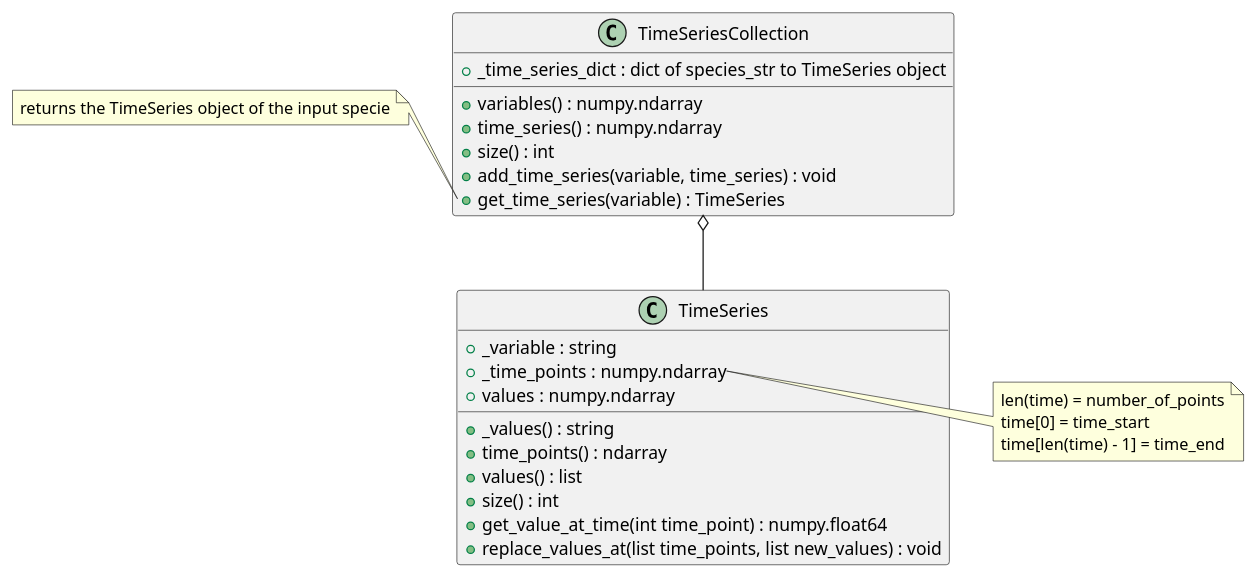
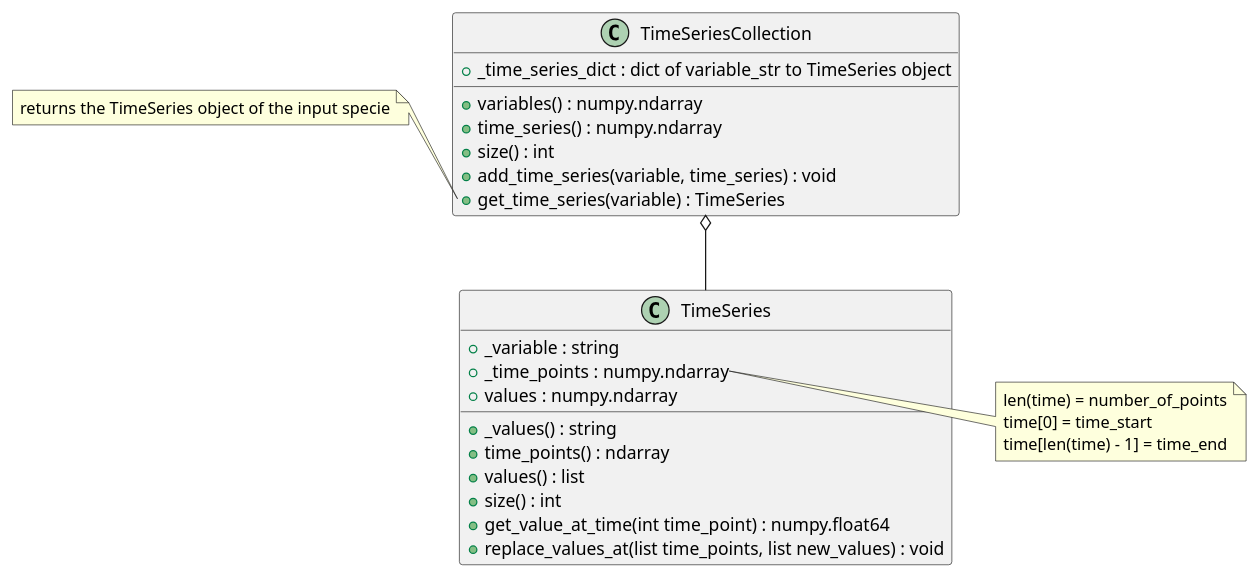
One commit to sys-bio/SBviper changed the diagram in Design/ts_tsc.plantuml. Above: the diagram before and after it, drawn with PlantUML. The commit also changed 2 other files, not shown here.

```diff
--- a/Design/ts_tsc.plantuml
+++ b/Design/ts_tsc.plantuml
@@ -1,38 +1,38 @@
 @startuml
 
 TimeSeriesCollection o-- TimeSeries
 
 'TimeSeries *-- SteadyState
 
 class TimeSeriesCollection {
-    +_time_series_dict : dict of species_str to TimeSeries object
+    +_time_series_dict : dict of variable_str to TimeSeries object
     +variables() : numpy.ndarray
     +time_series() : numpy.ndarray
     +size() : int
     +add_time_series(variable, time_series) : void
     +get_time_series(variable) : TimeSeries
 }
 
 class TimeSeries {
     +_variable : string
     +_time_points : numpy.ndarray
     +_values() : string
     +time_points() : ndarray
     +values : numpy.ndarray
     +values() : list
     +size() : int
     +get_value_at_time(int time_point) : numpy.float64
     +replace_values_at(list time_points, list new_values) : void
 }
 
 note left of TimeSeriesCollection::get_time_series {
     returns the TimeSeries object of the input specie
 }
 
 note right of TimeSeries::time {
     len(time) = number_of_points
     time[0] = time_start
     time[len(time) - 1] = time_end
 }
 
 @enduml
```
